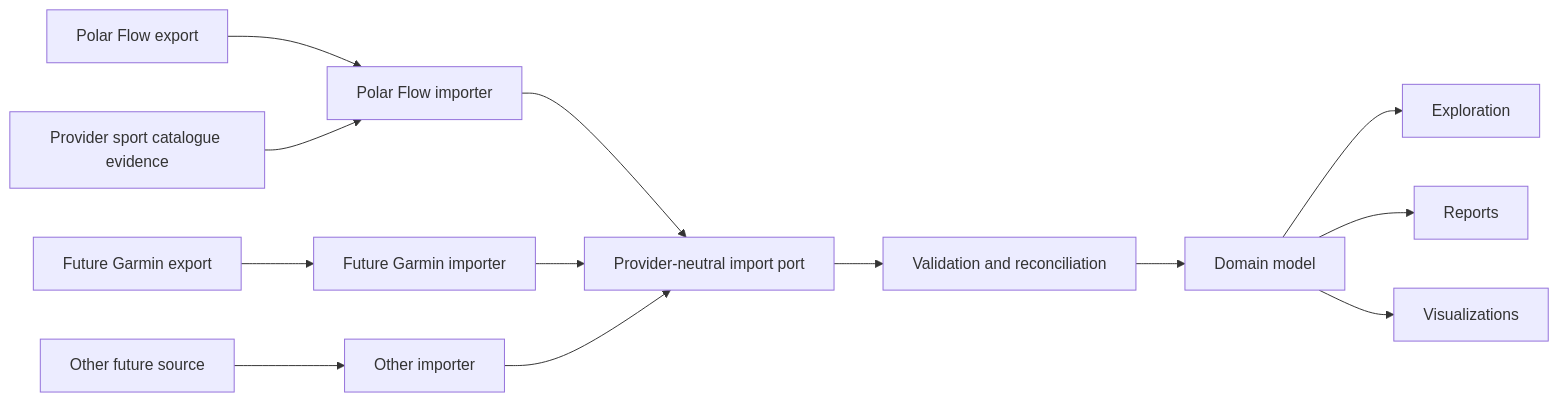
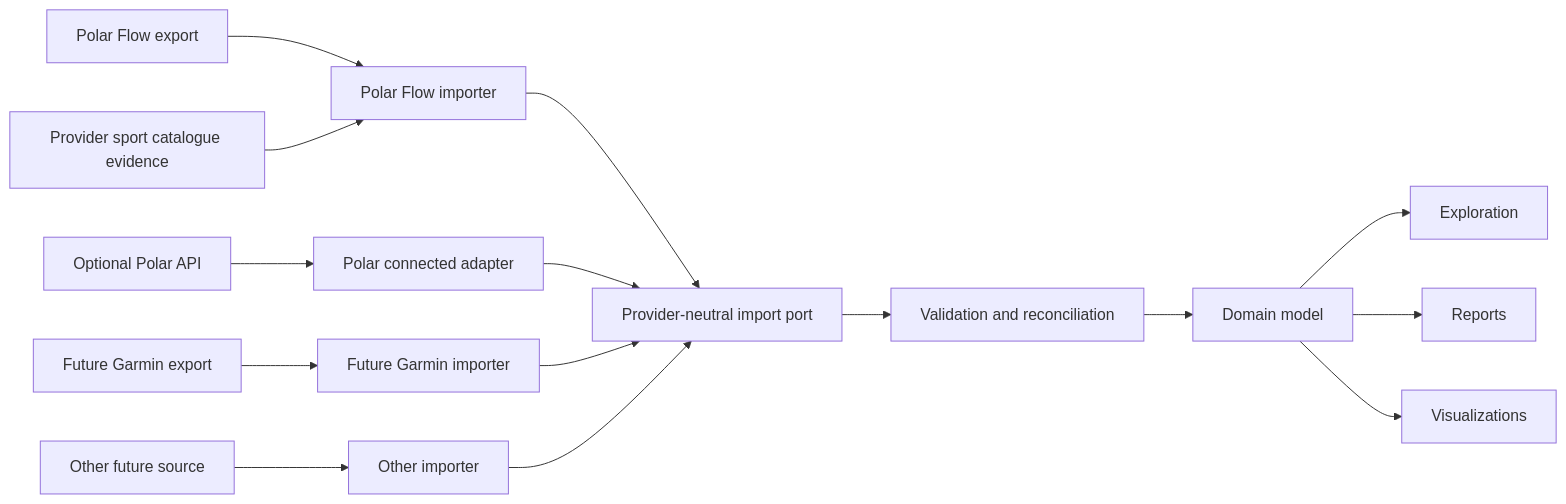
The diagram in docs/architecture/source-integration.md (purnalica/fitfreed), drawn with Mermaid before and after one commit. The commit also changed other lines of this file and 52 other files, not shown here.

````diff
--- a/docs/architecture/source-integration.md
+++ b/docs/architecture/source-integration.md
@@ -13,17 +13,19 @@
 ```mermaid
 flowchart LR
     PF[Polar Flow export] --> PFA[Polar Flow importer]
     PC[Provider sport catalogue evidence] --> PFA
+    PA[Optional Polar API] --> PCA[Polar connected adapter]
     GA[Future Garmin export] --> GAA[Future Garmin importer]
     OS[Other future source] --> OSA[Other importer]
 
     PFA --> IP[Provider-neutral import port]
+    PCA --> IP
     GAA --> IP
     OSA --> IP
 
     IP --> RC[Validation and reconciliation]
     RC --> DM[Domain model]
     DM --> EX[Exploration]
     DM --> RP[Reports]
     DM --> VS[Visualizations]
 ```
````
